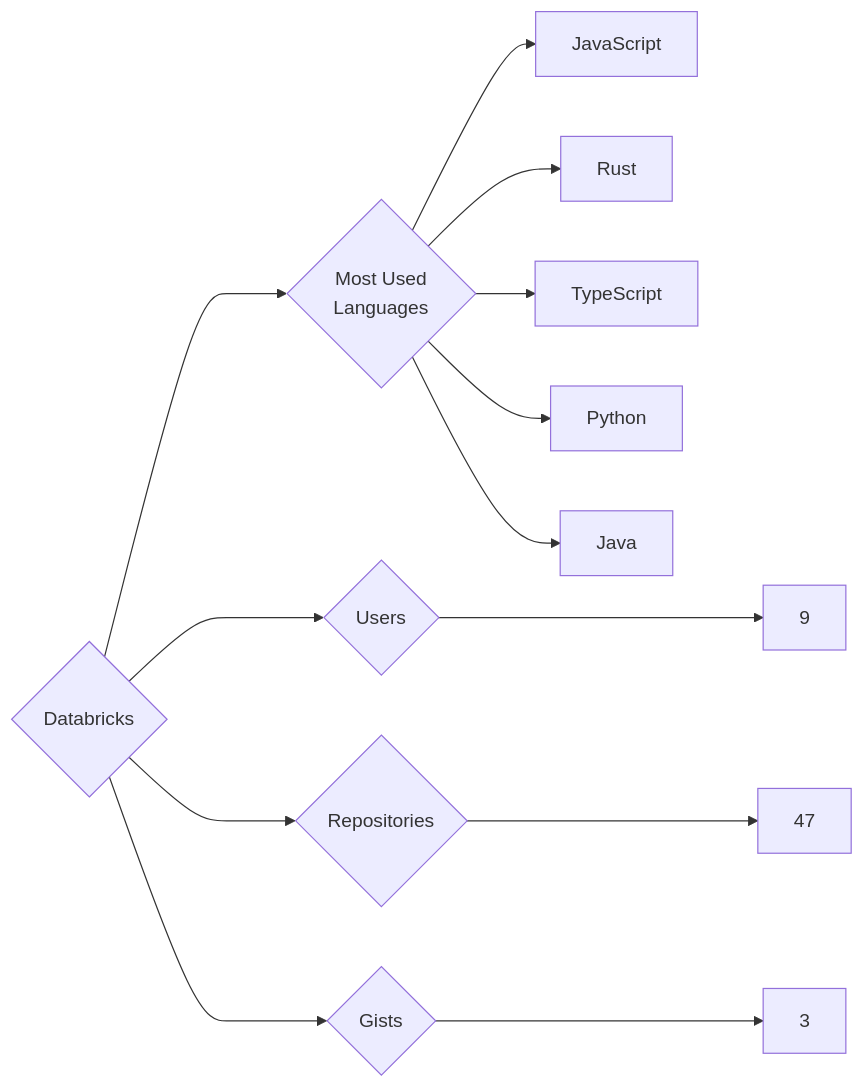
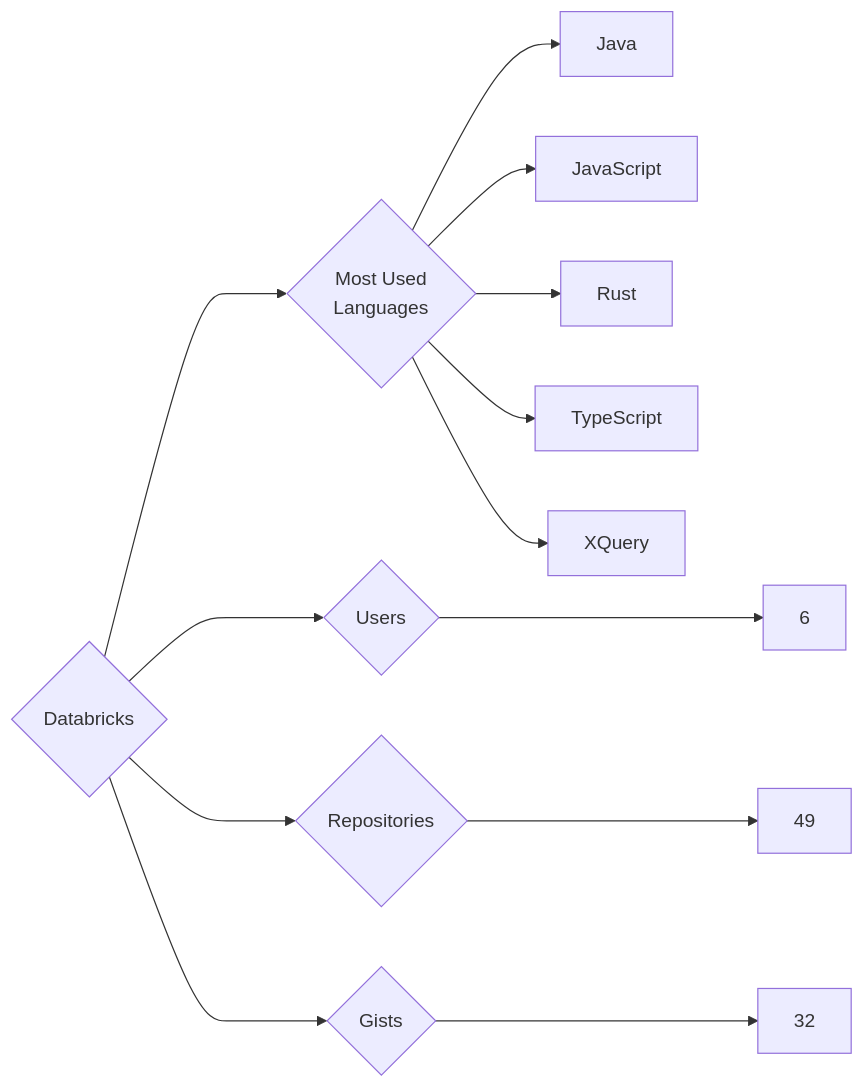
One commit to trickest/insiders changed the diagram in targets/Databricks/README.md. Above: the diagram before and after it, drawn with Mermaid. The commit also changed 1092 other files, not shown here.

````diff
--- a/targets/Databricks/README.md
+++ b/targets/Databricks/README.md
@@ -3,13 +3,13 @@
 ```mermaid
 graph LR
 COMPANY_NAME{Databricks}
-COMPANY_NAME ---> U{Users} ---> UN[9]
-COMPANY_NAME ---> R{Repositories} ---> RN[47]
-COMPANY_NAME ---> G{Gists} ---> GN[3]
+COMPANY_NAME ---> U{Users} ---> UN[6]
+COMPANY_NAME ---> R{Repositories} ---> RN[49]
+COMPANY_NAME ---> G{Gists} ---> GN[32]
 COMPANY_NAME ---> ML{Most Used<br>Languages}
+ML --> Java[Java]
 ML --> JavaScript[JavaScript]
 ML --> Rust[Rust]
 ML --> TypeScript[TypeScript]
-ML --> Python[Python]
-ML --> Java[Java]
+ML --> XQuery[XQuery]
 ```
````
